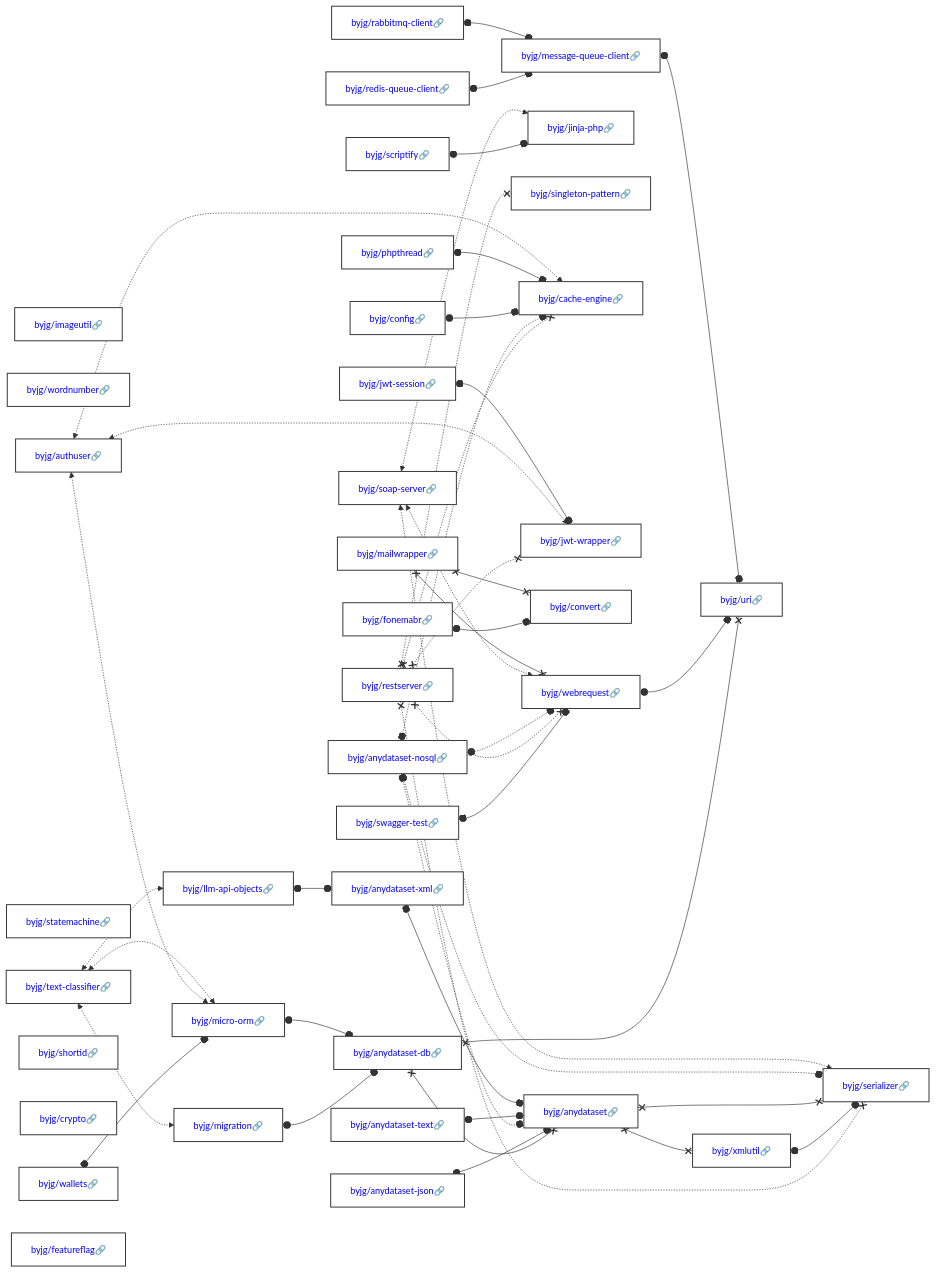
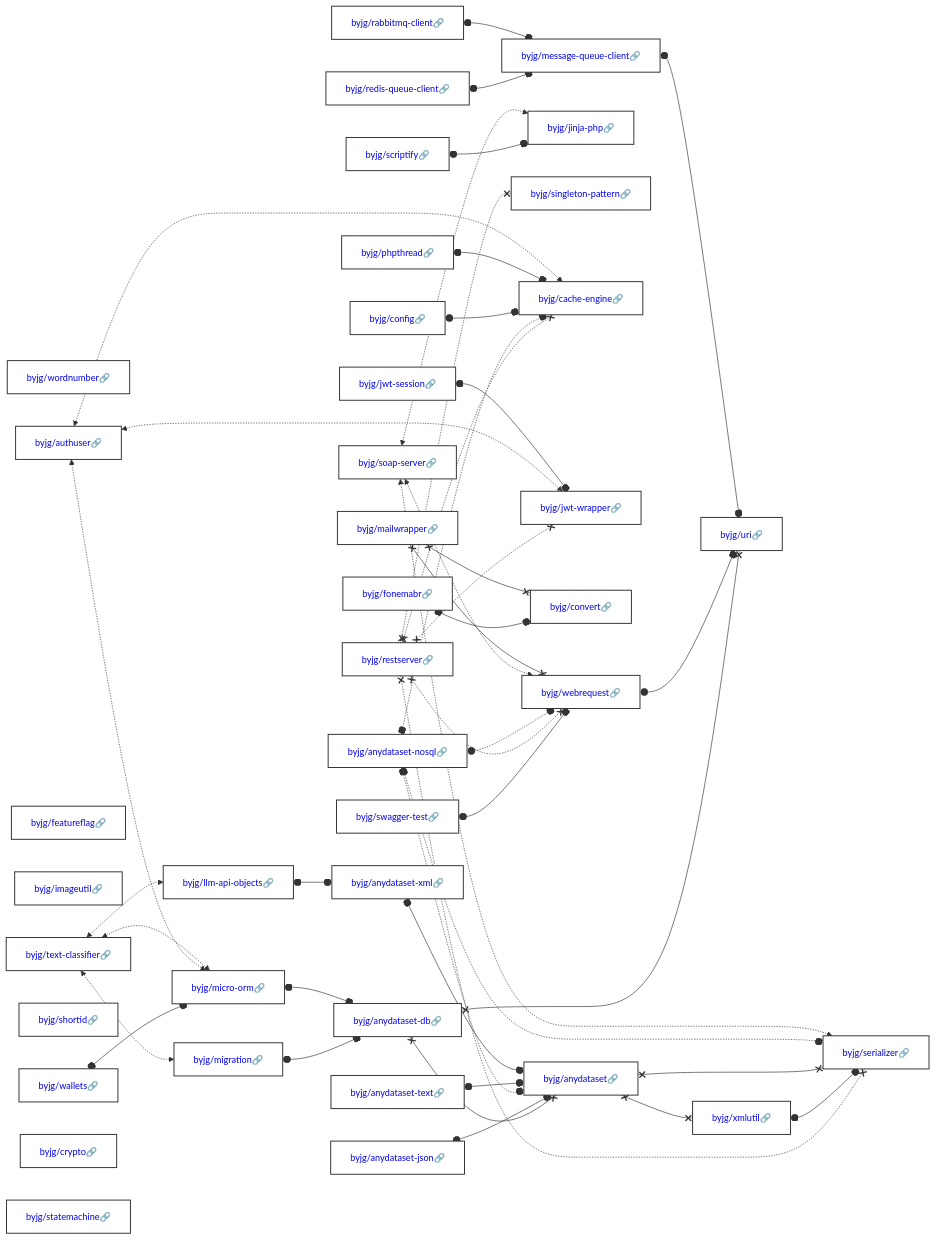
Before and after one commit to byjg/byjg.github.io: the diagram in docs/php/README.md, drawn with Mermaid. The commit also changed other lines of this file and 10 other files, not shown here.

Commit message:
Update documentation 'php' 'php-config'

````diff
--- a/docs/php/README.md
+++ b/docs/php/README.md
@@ -3,42 +3,42 @@
 ```mermaid
 graph LR;
+  byjg/anydataset-json[<a href='https://opensource.byjg.com/docs/php/anydataset-json' style='text-decoration:none'>byjg/anydataset-json🔗</a>];
+  byjg/wordnumber[<a href='https://opensource.byjg.com/docs/php/wordnumber' style='text-decoration:none'>byjg/wordnumber🔗</a>];
+  byjg/authuser[<a href='https://opensource.byjg.com/docs/php/authuser' style='text-decoration:none'>byjg/authuser🔗</a>];
+  byjg/featureflag[<a href='https://opensource.byjg.com/docs/php/featureflag' style='text-decoration:none'>byjg/featureflag🔗</a>];
+  byjg/anydataset-nosql[<a href='https://opensource.byjg.com/docs/php/anydataset-nosql' style='text-decoration:none'>byjg/anydataset-nosql🔗</a>];
   byjg/imageutil[<a href='https://opensource.byjg.com/docs/php/imageutil' style='text-decoration:none'>byjg/imageutil🔗</a>];
-  byjg/wordnumber[<a href='https://opensource.byjg.com/docs/php/wordnumber' style='text-decoration:none'>byjg/wordnumber🔗</a>];
+  byjg/fonemabr[<a href='https://opensource.byjg.com/docs/php/fonemabr' style='text-decoration:none'>byjg/fonemabr🔗</a>];
   byjg/jwt-session[<a href='https://opensource.byjg.com/docs/php/jwt-session' style='text-decoration:none'>byjg/jwt-session🔗</a>];
-  byjg/scriptify[<a href='https://opensource.byjg.com/docs/php/scriptify' style='text-decoration:none'>byjg/scriptify🔗</a>];
-  byjg/authuser[<a href='https://opensource.byjg.com/docs/php/authuser' style='text-decoration:none'>byjg/authuser🔗</a>];
-  byjg/anydataset-text[<a href='https://opensource.byjg.com/docs/php/anydataset-text' style='text-decoration:none'>byjg/anydataset-text🔗</a>];
-  byjg/anydataset-json[<a href='https://opensource.byjg.com/docs/php/anydataset-json' style='text-decoration:none'>byjg/anydataset-json🔗</a>];
   byjg/rabbitmq-client[<a href='https://opensource.byjg.com/docs/php/rabbitmq-client' style='text-decoration:none'>byjg/rabbitmq-client🔗</a>];
-  byjg/statemachine[<a href='https://opensource.byjg.com/docs/php/statemachine' style='text-decoration:none'>byjg/statemachine🔗</a>];
-  byjg/config[<a href='https://opensource.byjg.com/docs/php/config' style='text-decoration:none'>byjg/config🔗</a>];
-  byjg/text-classifier[<a href='https://opensource.byjg.com/docs/php/text-classifier' style='text-decoration:none'>byjg/text-classifier🔗</a>];
-  byjg/shortid[<a href='https://opensource.byjg.com/docs/php/shortid' style='text-decoration:none'>byjg/shortid🔗</a>];
-  byjg/swagger-test[<a href='https://opensource.byjg.com/docs/php/swagger-test' style='text-decoration:none'>byjg/swagger-test🔗</a>];
-  byjg/phpthread[<a href='https://opensource.byjg.com/docs/php/phpthread' style='text-decoration:none'>byjg/phpthread🔗</a>];
-  byjg/crypto[<a href='https://opensource.byjg.com/docs/php/crypto' style='text-decoration:none'>byjg/crypto🔗</a>];
   byjg/redis-queue-client[<a href='https://opensource.byjg.com/docs/php/redis-queue-client' style='text-decoration:none'>byjg/redis-queue-client🔗</a>];
   byjg/wallets[<a href='https://opensource.byjg.com/docs/php/wallets' style='text-decoration:none'>byjg/wallets🔗</a>];
+  byjg/shortid[<a href='https://opensource.byjg.com/docs/php/shortid' style='text-decoration:none'>byjg/shortid🔗</a>];
+  byjg/anydataset-text[<a href='https://opensource.byjg.com/docs/php/anydataset-text' style='text-decoration:none'>byjg/anydataset-text🔗</a>];
+  byjg/config[<a href='https://opensource.byjg.com/docs/php/config' style='text-decoration:none'>byjg/config🔗</a>];
+  byjg/scriptify[<a href='https://opensource.byjg.com/docs/php/scriptify' style='text-decoration:none'>byjg/scriptify🔗</a>];
+  byjg/text-classifier[<a href='https://opensource.byjg.com/docs/php/text-classifier' style='text-decoration:none'>byjg/text-classifier🔗</a>];
+  byjg/crypto[<a href='https://opensource.byjg.com/docs/php/crypto' style='text-decoration:none'>byjg/crypto🔗</a>];
+  byjg/statemachine[<a href='https://opensource.byjg.com/docs/php/statemachine' style='text-decoration:none'>byjg/statemachine🔗</a>];
   byjg/soap-server[<a href='https://opensource.byjg.com/docs/php/soap-server' style='text-decoration:none'>byjg/soap-server🔗</a>];
-  byjg/fonemabr[<a href='https://opensource.byjg.com/docs/php/fonemabr' style='text-decoration:none'>byjg/fonemabr🔗</a>];
-  byjg/featureflag[<a href='https://opensource.byjg.com/docs/php/featureflag' style='text-decoration:none'>byjg/featureflag🔗</a>];
-  byjg/anydataset-nosql[<a href='https://opensource.byjg.com/docs/php/anydataset-nosql' style='text-decoration:none'>byjg/anydataset-nosql🔗</a>];
+  byjg/phpthread[<a href='https://opensource.byjg.com/docs/php/phpthread' style='text-decoration:none'>byjg/phpthread🔗</a>];
   byjg/restserver[<a href='https://opensource.byjg.com/docs/php/restserver' style='text-decoration:none'>byjg/restserver🔗</a>];
+  byjg/swagger-test[<a href='https://opensource.byjg.com/docs/php/swagger-test' style='text-decoration:none'>byjg/swagger-test🔗</a>];
   byjg/mailwrapper[<a href='https://opensource.byjg.com/docs/php/mailwrapper' style='text-decoration:none'>byjg/mailwrapper🔗</a>];
+  byjg/message-queue-client[<a href='https://opensource.byjg.com/docs/php/message-queue-client' style='text-decoration:none'>byjg/message-queue-client🔗</a>];
+  byjg/micro-orm[<a href='https://opensource.byjg.com/docs/php/micro-orm' style='text-decoration:none'>byjg/micro-orm🔗</a>];
   byjg/migration[<a href='https://opensource.byjg.com/docs/php/migration' style='text-decoration:none'>byjg/migration🔗</a>];
   byjg/llm-api-objects[<a href='https://opensource.byjg.com/docs/php/llm-api-objects' style='text-decoration:none'>byjg/llm-api-objects🔗</a>];
-  byjg/message-queue-client[<a href='https://opensource.byjg.com/docs/php/message-queue-client' style='text-decoration:none'>byjg/message-queue-client🔗</a>];
-  byjg/micro-orm[<a href='https://opensource.byjg.com/docs/php/micro-orm' style='text-decoration:none'>byjg/micro-orm🔗</a>];
   byjg/jinja-php[<a href='https://opensource.byjg.com/docs/php/jinja-php' style='text-decoration:none'>byjg/jinja-php🔗</a>];
   byjg/singleton-pattern[<a href='https://opensource.byjg.com/docs/php/singleton-pattern' style='text-decoration:none'>byjg/singleton-pattern🔗</a>];
   byjg/cache-engine[<a href='https://opensource.byjg.com/docs/php/cache-engine' style='text-decoration:none'>byjg/cache-engine🔗</a>];
   byjg/jwt-wrapper[<a href='https://opensource.byjg.com/docs/php/jwt-wrapper' style='text-decoration:none'>byjg/jwt-wrapper🔗</a>];
   byjg/convert[<a href='https://opensource.byjg.com/docs/php/convert' style='text-decoration:none'>byjg/convert🔗</a>];
   byjg/webrequest[<a href='https://opensource.byjg.com/docs/php/webrequest' style='text-decoration:none'>byjg/webrequest🔗</a>];
+  byjg/anydataset-db[<a href='https://opensource.byjg.com/docs/php/anydataset-db' style='text-decoration:none'>byjg/anydataset-db🔗</a>];
   byjg/anydataset-xml[<a href='https://opensource.byjg.com/docs/php/anydataset-xml' style='text-decoration:none'>byjg/anydataset-xml🔗</a>];
-  byjg/anydataset-db[<a href='https://opensource.byjg.com/docs/php/anydataset-db' style='text-decoration:none'>byjg/anydataset-db🔗</a>];
+  byjg/uri[<a href='https://opensource.byjg.com/docs/php/uri' style='text-decoration:none'>byjg/uri🔗</a>];
   byjg/anydataset[<a href='https://opensource.byjg.com/docs/php/anydataset' style='text-decoration:none'>byjg/anydataset🔗</a>];
-  byjg/uri[<a href='https://opensource.byjg.com/docs/php/uri' style='text-decoration:none'>byjg/uri🔗</a>];
   byjg/xmlutil[<a href='https://opensource.byjg.com/docs/php/xmlutil' style='text-decoration:none'>byjg/xmlutil🔗</a>];
   byjg/serializer[<a href='https://opensource.byjg.com/docs/php/serializer' style='text-decoration:none'>byjg/serializer🔗</a>];
   byjg/anydataset-db x--x byjg/anydataset;
````
